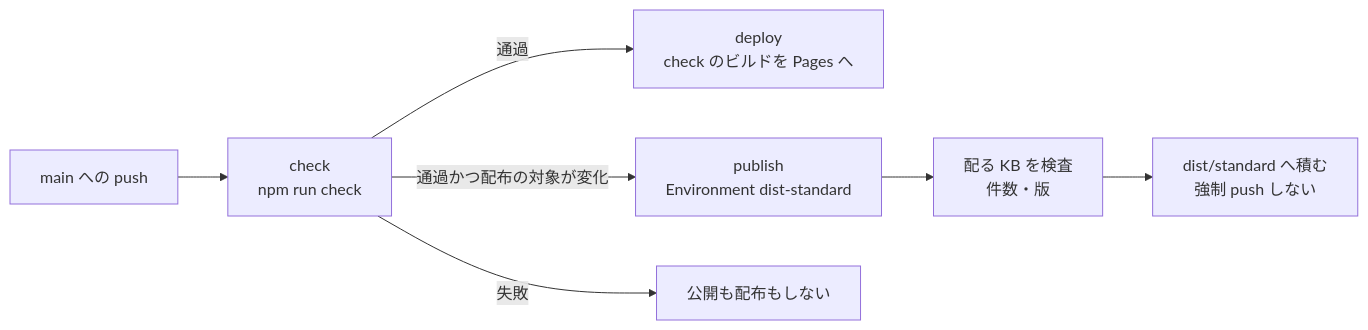
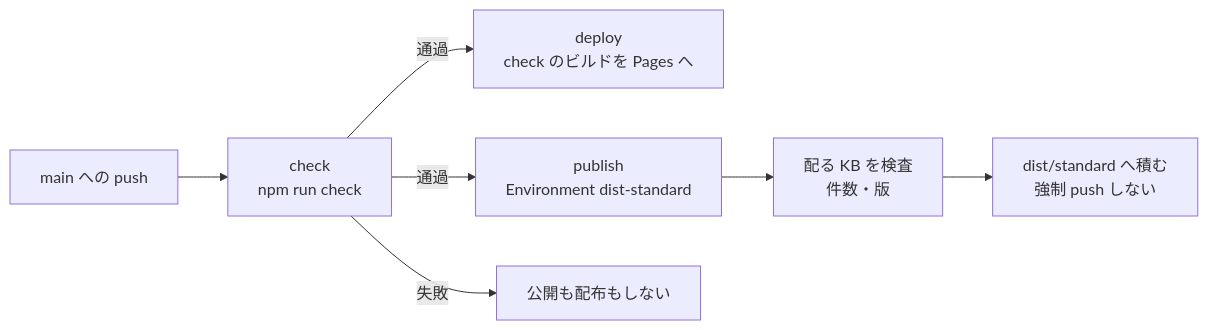
The second of 2 diagrams in src/content/docs/community/project-management.md (Takenori-Kusaka/process-compass), drawn with Mermaid before and after one commit. The commit also changed other lines of this file and 19 other files, not shown here.

````diff
--- a/src/content/docs/community/project-management.md
+++ b/src/content/docs/community/project-management.md
@@ -83,9 +83,9 @@
 ```mermaid
 graph LR
   P["main への push"] --> C["check<br>npm run check"]
   C -->|通過| D["deploy<br>check のビルドを Pages へ"]
-  C -->|通過かつ配布の対象が変化| U["publish<br>Environment dist-standard"]
+  C -->|通過| U["publish<br>Environment dist-standard"]
   U --> K["配る KB を検査<br>件数・版"]
   K --> B["dist/standard へ積む<br>強制 push しない"]
   C -->|失敗| X["公開も配布もしない"]
 ```
````
